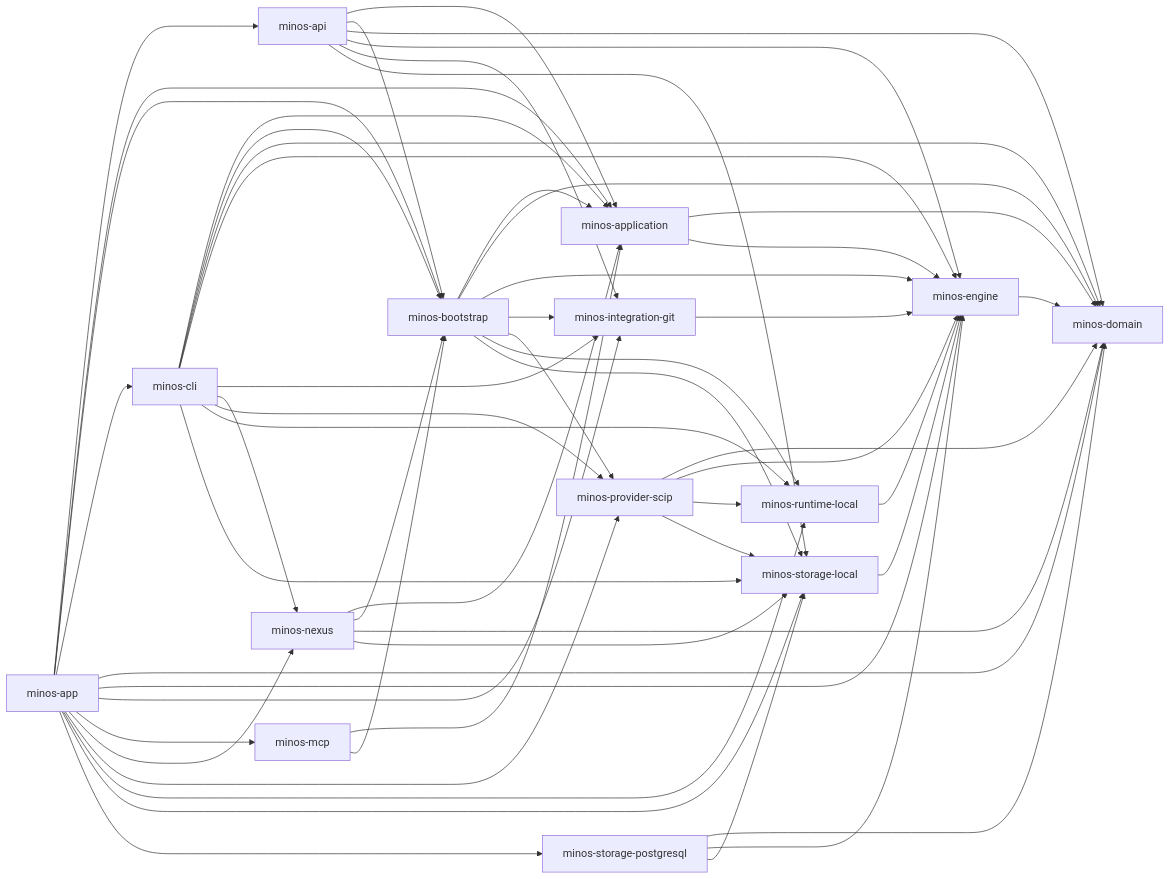
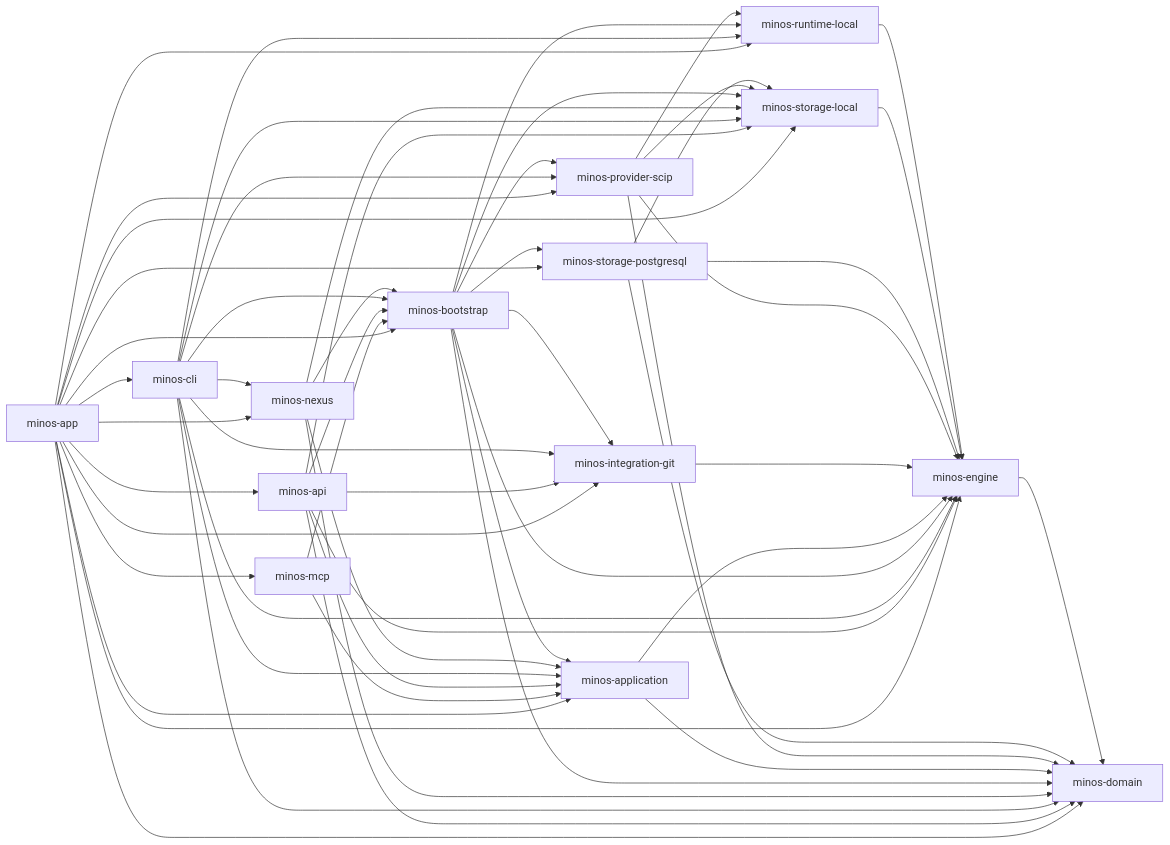
Before and after one commit to FTurleque/minos-code-intelligence: the diagram in docs/architecture/diagrams/module-dependencies.md, drawn with Mermaid. The commit also changed other lines of this file and 4 other files, not shown here.

First line of the commit message:
build(bootstrap): A2 — C5 : le test application × PostgreSQL rejoint minos-bootstrap, minos-app n'a plus de dépendance de test PostgreSQL

````diff
--- a/docs/architecture/diagrams/module-dependencies.md
+++ b/docs/architecture/diagrams/module-dependencies.md
@@ -8,71 +8,72 @@
 ```mermaid
 flowchart LR
     minos_domain["minos-domain"]
     minos_engine["minos-engine"]
     minos_runtime_local["minos-runtime-local"]
     minos_storage_local["minos-storage-local"]
     minos_storage_postgresql["minos-storage-postgresql"]
     minos_provider_scip["minos-provider-scip"]
     minos_integration_git["minos-integration-git"]
     minos_application["minos-application"]
     minos_bootstrap["minos-bootstrap"]
     minos_nexus["minos-nexus"]
     minos_cli["minos-cli"]
     minos_api["minos-api"]
     minos_mcp["minos-mcp"]
     minos_app["minos-app"]
     minos_engine --> minos_domain
     minos_runtime_local --> minos_engine
     minos_storage_local --> minos_engine
     minos_storage_postgresql --> minos_domain
     minos_storage_postgresql --> minos_engine
     minos_storage_postgresql --> minos_storage_local
     minos_provider_scip --> minos_domain
     minos_provider_scip --> minos_engine
     minos_provider_scip --> minos_runtime_local
     minos_provider_scip --> minos_storage_local
     minos_integration_git --> minos_engine
     minos_application --> minos_domain
     minos_application --> minos_engine
     minos_bootstrap --> minos_application
     minos_bootstrap --> minos_domain
     minos_bootstrap --> minos_engine
     minos_bootstrap --> minos_integration_git
     minos_bootstrap --> minos_provider_scip
     minos_bootstrap --> minos_runtime_local
     minos_bootstrap --> minos_storage_local
+    minos_bootstrap --> minos_storage_postgresql
     minos_nexus --> minos_application
     minos_nexus --> minos_bootstrap
     minos_nexus --> minos_domain
     minos_nexus --> minos_storage_local
     minos_cli --> minos_application
     minos_cli --> minos_bootstrap
     minos_cli --> minos_domain
     minos_cli --> minos_engine
     minos_cli --> minos_integration_git
     minos_cli --> minos_nexus
     minos_cli --> minos_provider_scip
     minos_cli --> minos_runtime_local
     minos_cli --> minos_storage_local
     minos_api --> minos_application
     minos_api --> minos_bootstrap
     minos_api --> minos_domain
     minos_api --> minos_engine
     minos_api --> minos_integration_git
     minos_api --> minos_storage_local
     minos_mcp --> minos_application
     minos_mcp --> minos_bootstrap
     minos_app --> minos_api
     minos_app --> minos_application
     minos_app --> minos_bootstrap
     minos_app --> minos_cli
     minos_app --> minos_domain
     minos_app --> minos_engine
     minos_app --> minos_integration_git
     minos_app --> minos_mcp
     minos_app --> minos_nexus
     minos_app --> minos_provider_scip
     minos_app --> minos_runtime_local
     minos_app --> minos_storage_local
     minos_app --> minos_storage_postgresql
 ```
````
